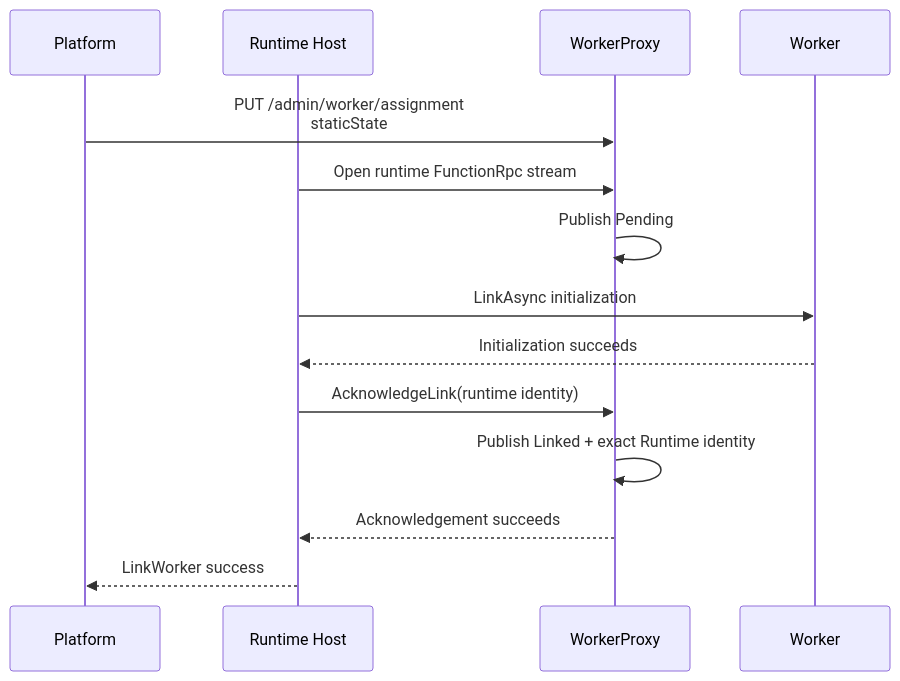
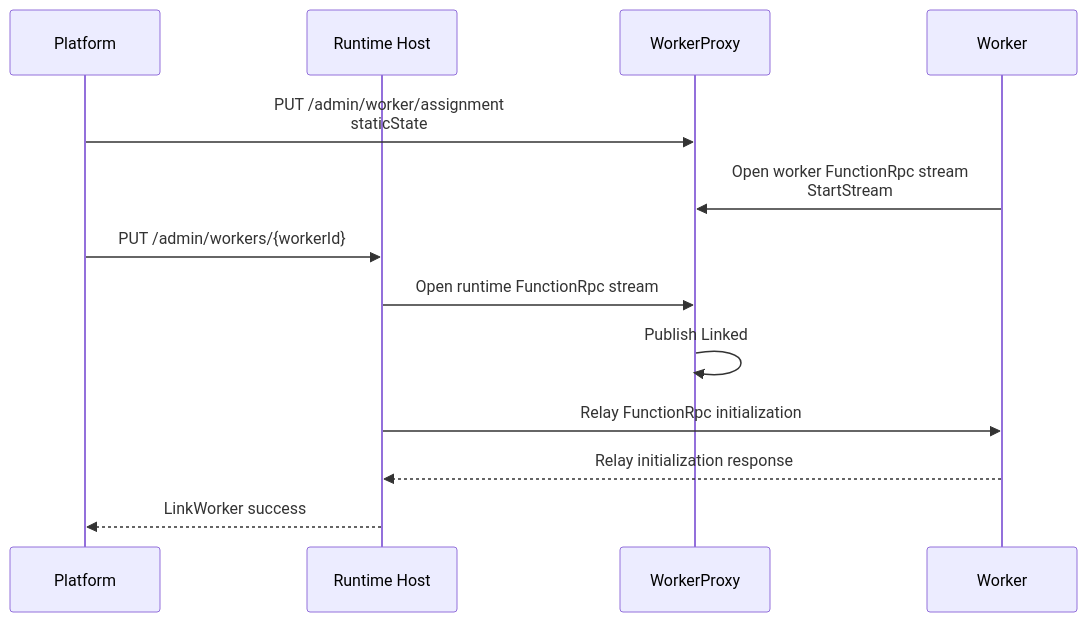
Before and after one commit to Azure/azure-functions-host: the diagram in tools/ComputeSeparation/BYOCSplitWorkerSignals.md, drawn with Mermaid. The commit also changed other lines of this file and 25 other files, not shown here.

First line of the commit message:
Simplify BYOC worker link signal

````diff
--- a/tools/ComputeSeparation/BYOCSplitWorkerSignals.md
+++ b/tools/ComputeSeparation/BYOCSplitWorkerSignals.md
@@ -86,17 +86,16 @@
 ```mermaid
 sequenceDiagram
     participant Platform
     participant Host as Runtime Host
     participant Proxy as WorkerProxy
     participant Worker
 
     Platform->>Proxy: PUT /admin/worker/assignment<br/>staticState
+    Worker->>Proxy: Open worker FunctionRpc stream<br/>StartStream
+    Platform->>Host: PUT /admin/workers/{workerId}
     Host->>Proxy: Open runtime FunctionRpc stream
-    Proxy->>Proxy: Publish Pending
-    Host->>Worker: LinkAsync initialization
-    Worker-->>Host: Initialization succeeds
-    Host->>Proxy: AcknowledgeLink(runtime identity)
-    Proxy->>Proxy: Publish Linked + exact Runtime identity
-    Proxy-->>Host: Acknowledgement succeeds
+    Proxy->>Proxy: Publish Linked
+    Host->>Worker: Relay FunctionRpc initialization
+    Worker-->>Host: Relay initialization response
     Host-->>Platform: LinkWorker success
 ```
````
